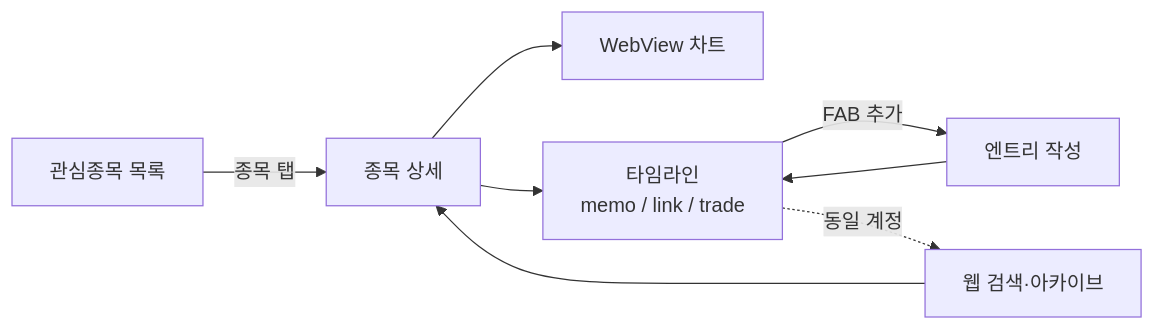
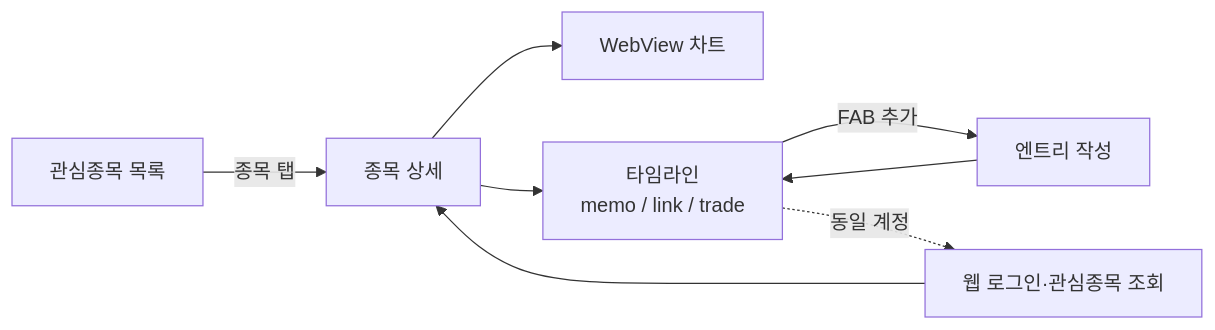
The first of 5 diagrams in docs/portfolio.md (scs0209/ticker-journal), drawn with Mermaid before and after one commit. The commit also changed other lines of this file and 4 other files, not shown here.

````diff
--- a/docs/portfolio.md
+++ b/docs/portfolio.md
@@ -34,10 +35,10 @@
 ```mermaid
 flowchart LR
   A[관심종목 목록] -->|종목 탭| B[종목 상세]
   B --> C[WebView 차트]
   B --> D[타임라인<br/>memo / link / trade]
   D -->|FAB 추가| E[엔트리 작성]
   E --> D
-  D -.동일 계정.-> F[웹 검색·아카이브]
+  D -.동일 계정.-> F[웹 로그인·관심종목 조회]
   F --> B
 ```
````
